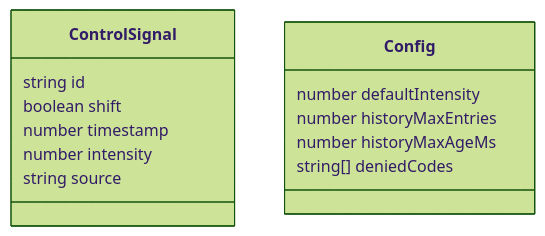
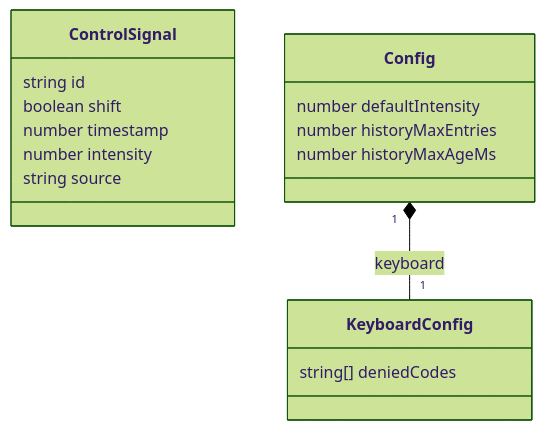
Before and after one commit to PeloNZ/fireworks: the second of 4 diagrams in docs/02_spec.md, drawn with Mermaid (forest theme). The commit also changed other lines of this file and 1 other file, not shown here.

````diff
--- a/docs/02_spec.md
+++ b/docs/02_spec.md
@@ -65,16 +84,19 @@
 ```mermaid
 classDiagram
     class ControlSignal {
         string id
         boolean shift
         number timestamp
         number intensity
         string source
     }
     class Config {
         number defaultIntensity
         number historyMaxEntries
         number historyMaxAgeMs
+    }
+    class KeyboardConfig {
         string[] deniedCodes
     }
+    Config "1" *-- "1" KeyboardConfig : keyboard
 ```
````
